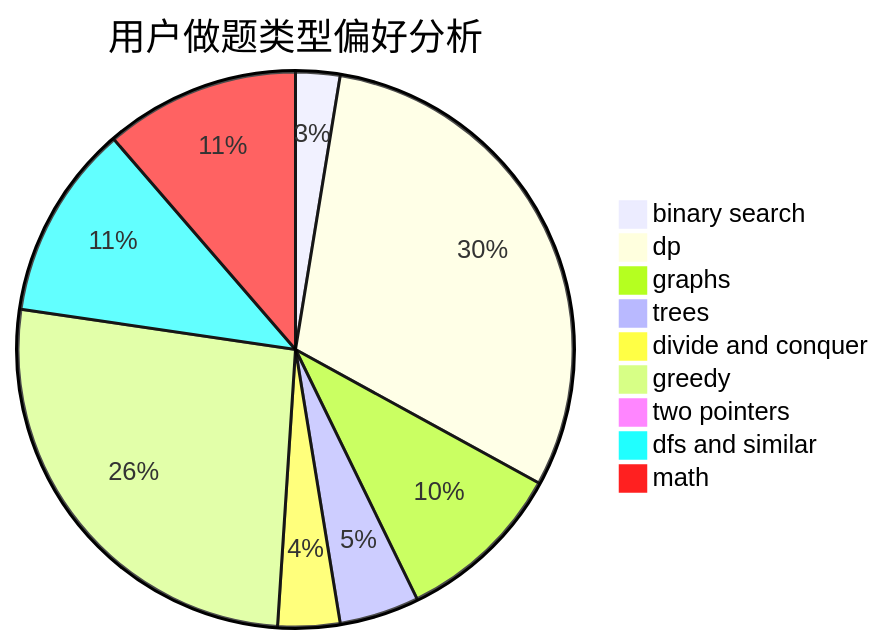
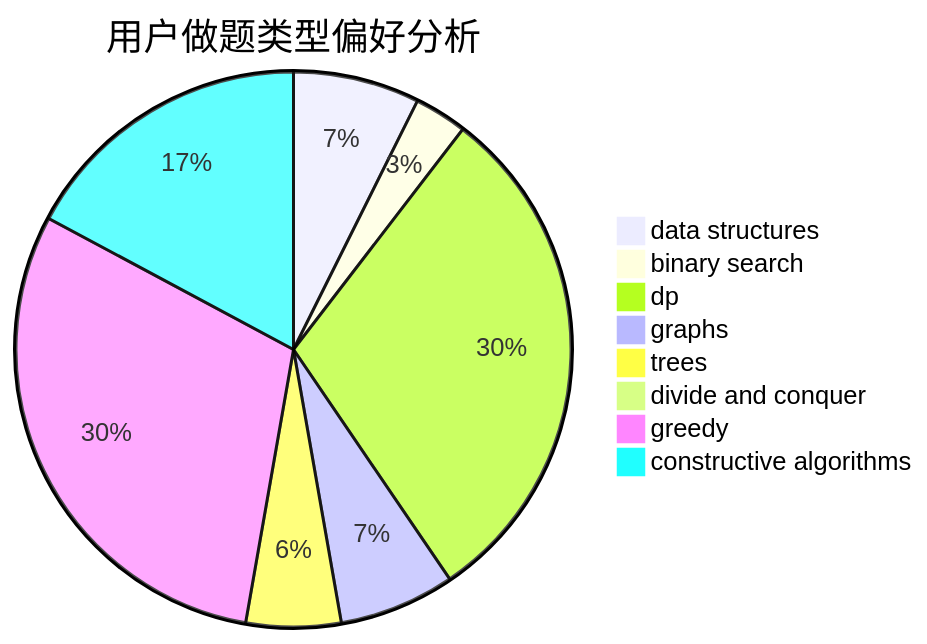
One commit to sherpahu/cfrs.github.io changed the second of 3 diagrams in docs/user/u1758.md. Above: the diagram before and after it, drawn with Mermaid. The commit also changed other lines of this file and 2775 other files, not shown here.

````diff
--- a/docs/user/u1758.md
+++ b/docs/user/u1758.md
@@ -23,12 +23,11 @@
 ```mermaid
 pie title 用户做题类型偏好分析
+    "data structures" :  12
     "binary search" :  5
-    "dp" :  59
-    "graphs" :  19
+    "dp" :  49
+    "graphs" :  11
     "trees" :  9
-    "divide and conquer" :  7
-    "greedy" :  51
-    "two pointers" :  0
-    "dfs and similar" :  22
-    "math" :  22
+    "divide and conquer" :  0
+    "greedy" :  49
+    "constructive algorithms" :  28
 ```
````
